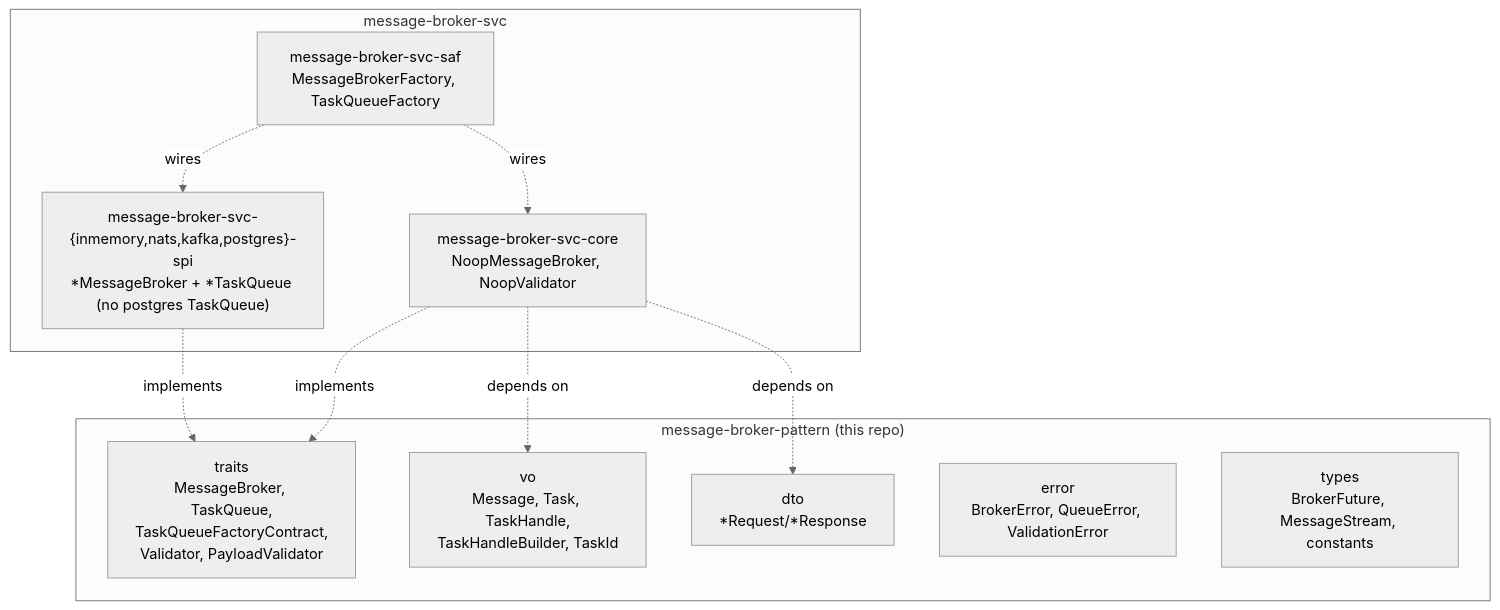
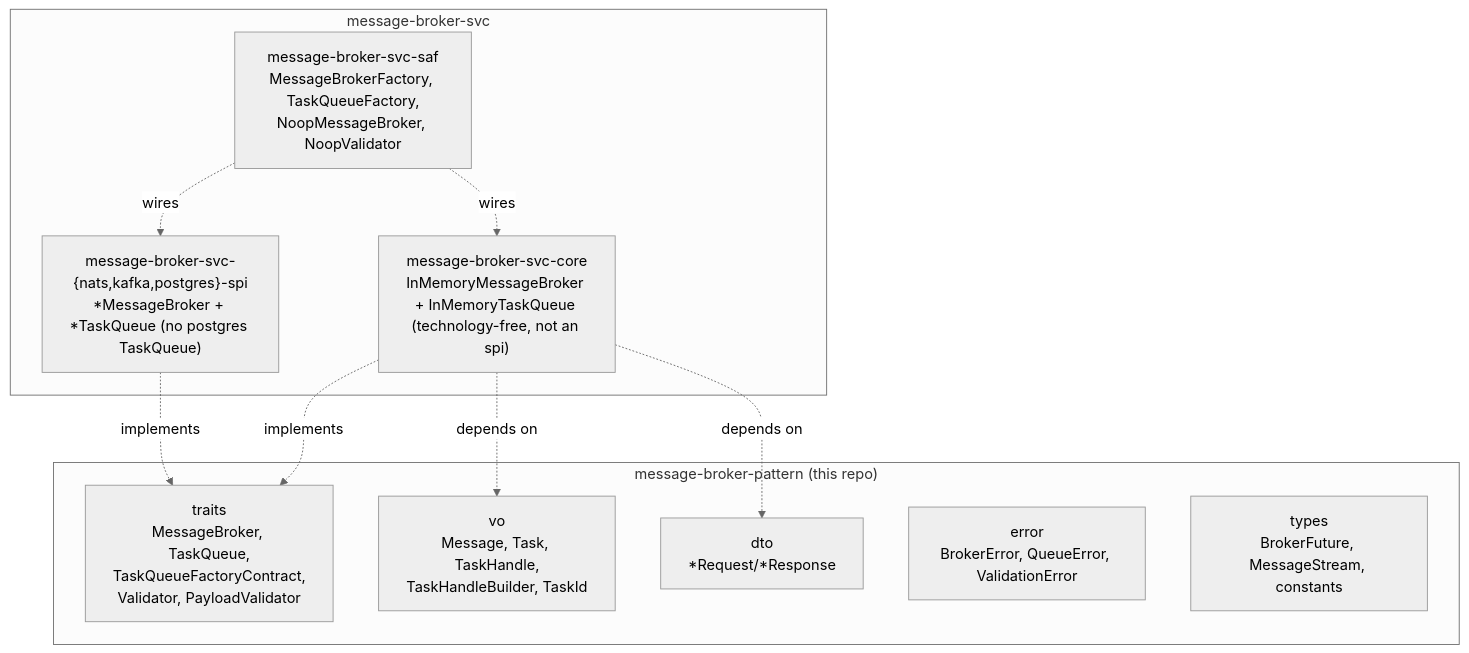
Before and after one commit to sweengineeringlabs/message-broker-pattern: the diagram in docs/3-design/architecture.md, drawn with Mermaid (neutral theme). The commit also changed other lines of this file and 5 other files, not shown here.

````diff
--- a/docs/3-design/architecture.md
+++ b/docs/3-design/architecture.md
@@ -39,23 +42,23 @@
 ```mermaid
 flowchart TD
     subgraph pattern["message-broker-pattern (this repo)"]
         traits["traits<br/>MessageBroker, TaskQueue,<br/>TaskQueueFactoryContract,<br/>Validator, PayloadValidator"]
         vo["vo<br/>Message, Task, TaskHandle,<br/>TaskHandleBuilder, TaskId"]
         dto["dto<br/>*Request/*Response"]
         error["error<br/>BrokerError, QueueError, ValidationError"]
         types["types<br/>BrokerFuture, MessageStream, constants"]
     end
 
     subgraph svc["message-broker-svc"]
-        core["message-broker-svc-core<br/>NoopMessageBroker, NoopValidator"]
-        spi["message-broker-svc-{inmemory,nats,kafka,postgres}-spi<br/>*MessageBroker + *TaskQueue (no postgres TaskQueue)"]
-        saf["message-broker-svc-saf<br/>MessageBrokerFactory, TaskQueueFactory"]
+        core["message-broker-svc-core<br/>InMemoryMessageBroker + InMemoryTaskQueue (technology-free, not an spi)"]
+        spi["message-broker-svc-{nats,kafka,postgres}-spi<br/>*MessageBroker + *TaskQueue (no postgres TaskQueue)"]
+        saf["message-broker-svc-saf<br/>MessageBrokerFactory, TaskQueueFactory,<br/>NoopMessageBroker, NoopValidator"]
     end
 
     core -.->|implements| traits
     spi -.->|implements| traits
     core -.->|depends on| vo
     core -.->|depends on| dto
     saf -.->|wires| core
     saf -.->|wires| spi
 ```
````
